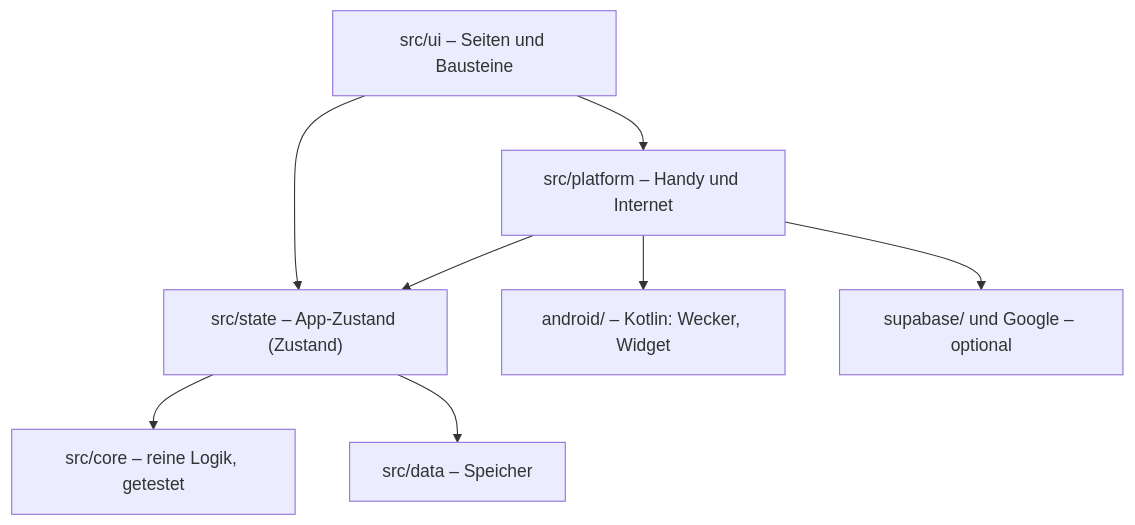
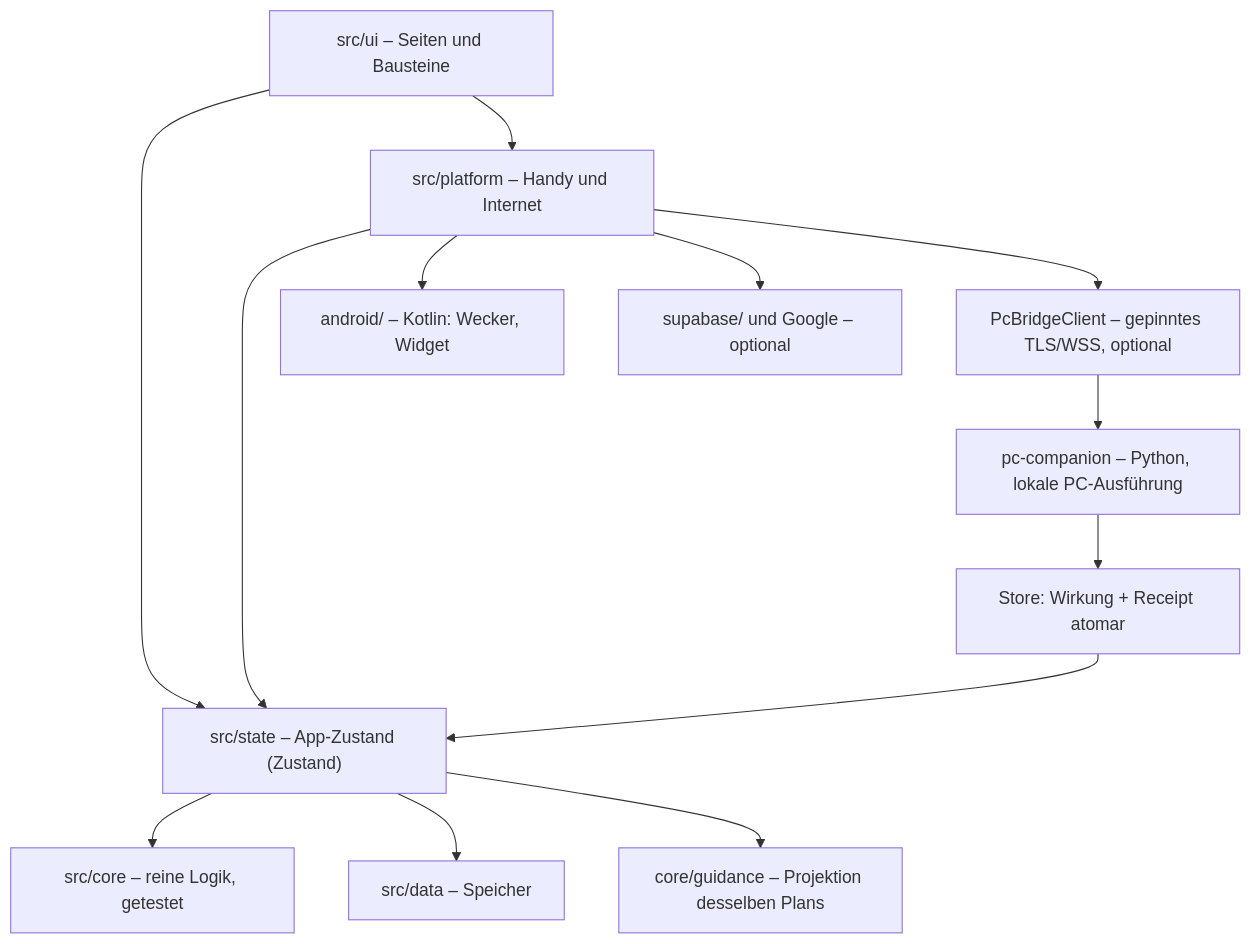
Before and after one commit to frnkrm/anker: the diagram in docs/STRUKTUR.md, drawn with Mermaid. The commit also changed other lines of this file and 10 other files, not shown here.

````diff
--- a/docs/STRUKTUR.md
+++ b/docs/STRUKTUR.md
@@ -11,10 +11,15 @@
 ```mermaid
 flowchart TD
   UI["src/ui – Seiten und Bausteine"] --> State["src/state – App-Zustand (Zustand)"]
   UI --> Platform["src/platform – Handy und Internet"]
   State --> Core["src/core – reine Logik, getestet"]
   State --> Data["src/data – Speicher"]
   Platform --> State
   Platform --> Native["android/ – Kotlin: Wecker, Widget"]
   Platform --> Cloud["supabase/ und Google – optional"]
+  State --> Guidance["core/guidance – Projektion desselben Plans"]
+  Platform --> Bridge["PcBridgeClient – gepinntes TLS/WSS, optional"]
+  Bridge --> PC["pc-companion – Python, lokale PC-Ausführung"]
+  PC --> Receipts["Store: Wirkung + Receipt atomar"]
+  Receipts --> State
 ```
````
